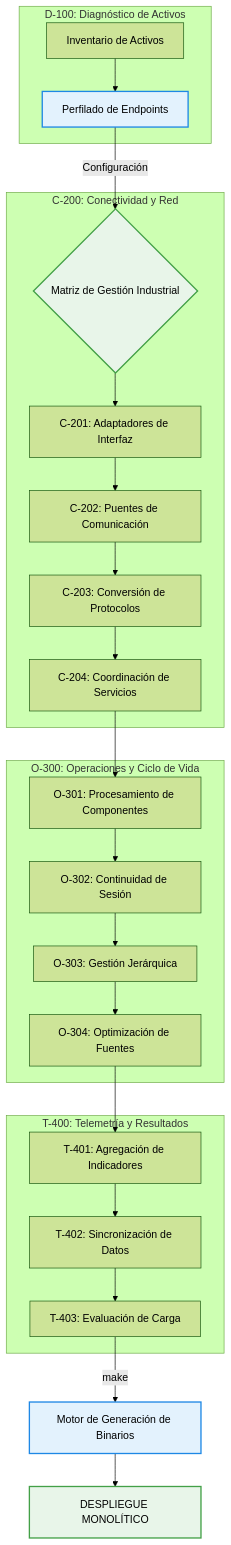
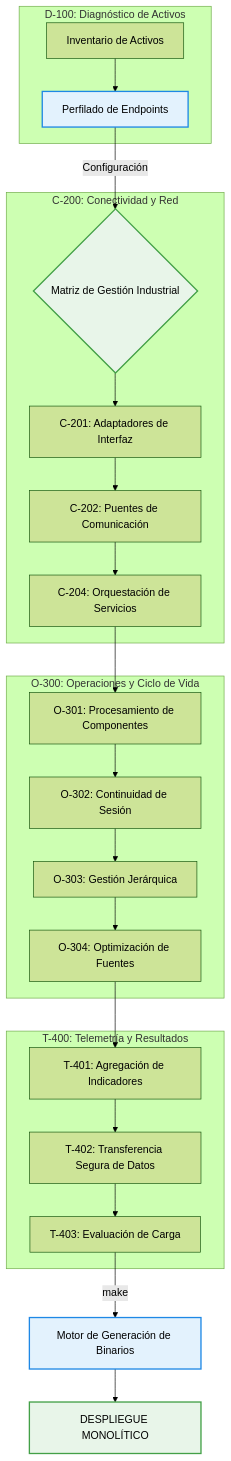
The diagram in README.md (j3susangar1ca/infraestructura), drawn with Mermaid (forest theme) before and after one commit. The commit also changed other lines of this file and 3 other files, not shown here.

````diff
--- a/README.md
+++ b/README.md
@@ -39,36 +27,35 @@
 ```mermaid
 graph TD
     subgraph "D-100: Diagnóstico de Activos"
         A1[Inventario de Activos] --> A2["Perfilado de Endpoints"]
     end
 
     A2 -->|Configuración| B{"Matriz de Gestión Industrial"}
 
     subgraph "C-200: Conectividad y Red"
         B --> C201["C-201: Adaptadores de Interfaz"]
         C201 --> C202["C-202: Puentes de Comunicación"]
-        C202 --> C203["C-203: Conversión de Protocolos"]
-        C203 --> C204["C-204: Coordinación de Servicios"]
+        C202 --> C204["C-204: Orquestación de Servicios"]
     end
 
     subgraph "O-300: Operaciones y Ciclo de Vida"
         C204 --> O301["O-301: Procesamiento de Componentes"]
         O301 --> O302["O-302: Continuidad de Sesión"]
         O302 --> O303["O-303: Gestión Jerárquica"]
         O303 --> O304["O-304: Optimización de Fuentes"]
     end
 
     subgraph "T-400: Telemetría y Resultados"
         O304 --> T401["T-401: Agregación de Indicadores"]
-        T401 --> T402["T-402: Sincronización de Datos"]
+        T401 --> T402["T-402: Transferencia Segura de Datos"]
         T402 --> T403["T-403: Evaluación de Carga"]
     end
 
     T403 -->|"make"| D["Motor de Generación de Binarios"]
     D --> C_OUT["DESPLIEGUE MONOLÍTICO"]
 
     style A2 fill:#e3f2fd,stroke:#1e88e5,stroke-width:2px
     style B fill:#e8f5e9,stroke:#43a047,stroke-width:2px
     style D fill:#e3f2fd,stroke:#1e88e5,stroke-width:2px
     style C_OUT fill:#e8f5e9,stroke:#43a047,stroke-width:2px
 ```
````
